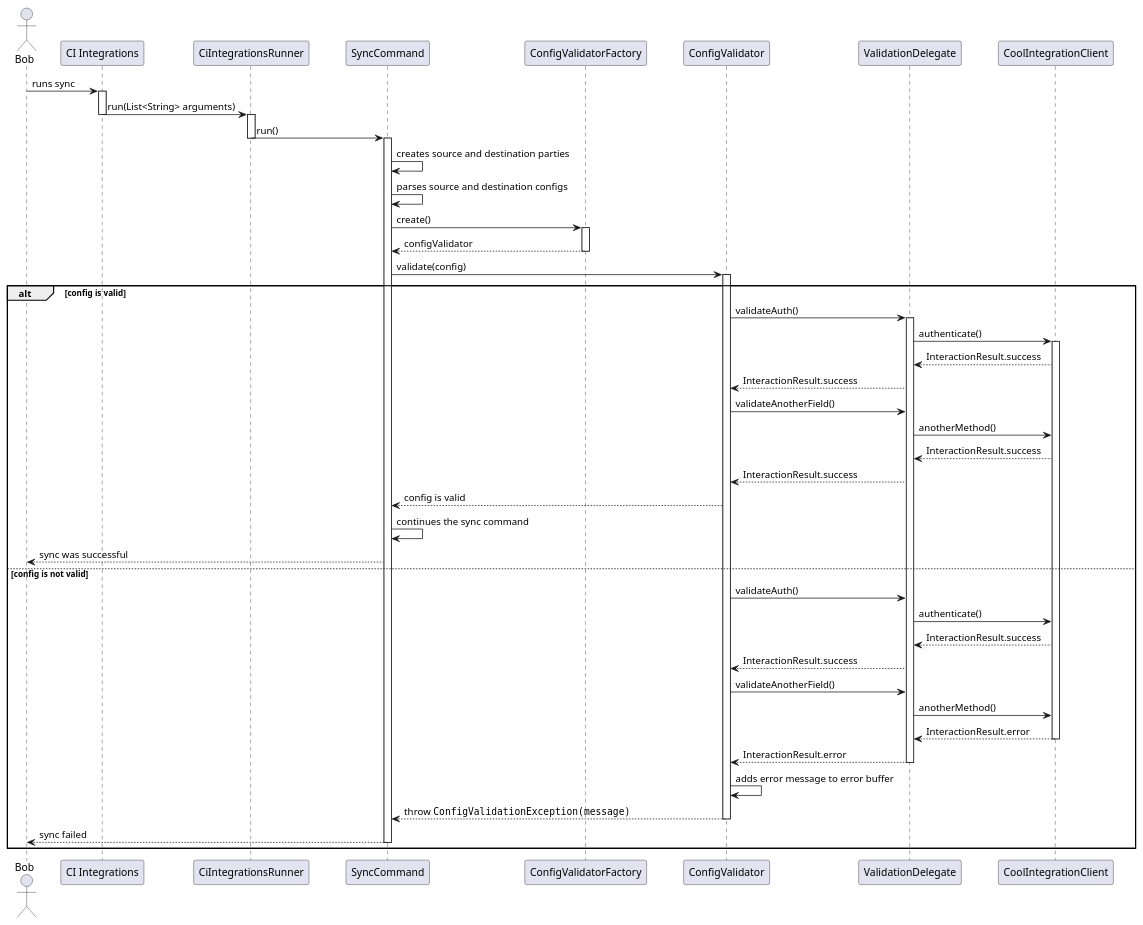
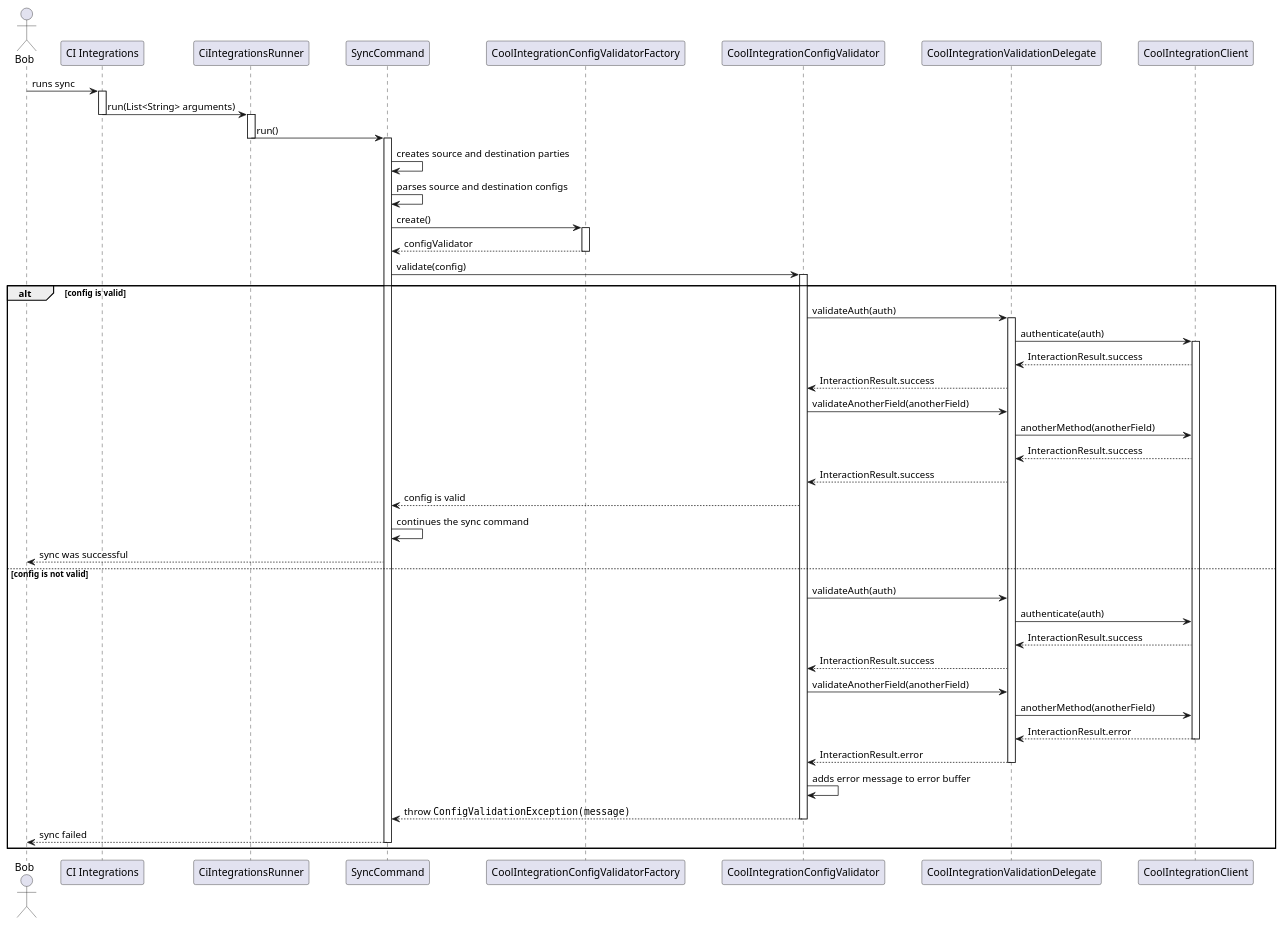
Before and after one commit to Flank/flank-dashboard: the diagram in metrics/ci_integrations/docs/diagrams/ci_integrations_config_validator_sequence_diagram.puml, drawn with PlantUML. The commit also changed 2 other files, not shown here.

Commit message:
Diagrams improvements, documentation fixes

```diff
--- a/metrics/ci_integrations/docs/diagrams/ci_integrations_config_validator_sequence_diagram.puml
+++ b/metrics/ci_integrations/docs/diagrams/ci_integrations_config_validator_sequence_diagram.puml
@@ -1,91 +1,91 @@
 @startuml ci_integrations_config_validator_sequence_diagram
 
 skinparam ParticipantPadding 20
 skinparam BoxPadding 10
 
 actor Bob
 
 participant "CI Integrations"
 participant CiIntegrationsRunner
 participant SyncCommand
-participant ConfigValidatorFactory
-participant ConfigValidator
-participant ValidationDelegate
+participant CoolIntegrationConfigValidatorFactory
+participant CoolIntegrationConfigValidator
+participant CoolIntegrationValidationDelegate
 participant CoolIntegrationClient
 
 Bob -> "CI Integrations" : runs sync
 activate "CI Integrations"
 
 "CI Integrations" -> CiIntegrationsRunner: run(List<String> arguments)
 deactivate "CI Integrations"
 activate CiIntegrationsRunner
 
 CiIntegrationsRunner -> SyncCommand: run()
 deactivate CiIntegrationsRunner
 activate SyncCommand
 
 SyncCommand -> SyncCommand : creates source and destination parties
 SyncCommand -> SyncCommand : parses source and destination configs
 
-SyncCommand -> ConfigValidatorFactory : create()
-activate ConfigValidatorFactory
+SyncCommand -> CoolIntegrationConfigValidatorFactory : create()
+activate CoolIntegrationConfigValidatorFactory
 
-ConfigValidatorFactory --> SyncCommand : configValidator
-deactivate ConfigValidatorFactory
+CoolIntegrationConfigValidatorFactory --> SyncCommand : configValidator
+deactivate CoolIntegrationConfigValidatorFactory
 
-SyncCommand -> ConfigValidator : validate(config)
-activate ConfigValidator
+SyncCommand -> CoolIntegrationConfigValidator : validate(config)
+activate CoolIntegrationConfigValidator
 
 alt config is valid
 
-    ConfigValidator -> ValidationDelegate : validateAuth()
-    activate ValidationDelegate
+    CoolIntegrationConfigValidator -> CoolIntegrationValidationDelegate : validateAuth(auth)
+    activate CoolIntegrationValidationDelegate
 
-    ValidationDelegate -> CoolIntegrationClient : authenticate()
+    CoolIntegrationValidationDelegate -> CoolIntegrationClient : authenticate(auth)
     activate  CoolIntegrationClient
-    CoolIntegrationClient --> ValidationDelegate : InteractionResult.success
-    ValidationDelegate --> ConfigValidator : InteractionResult.success
+    CoolIntegrationClient --> CoolIntegrationValidationDelegate : InteractionResult.success
+    CoolIntegrationValidationDelegate --> CoolIntegrationConfigValidator : InteractionResult.success
 
-    ConfigValidator -> ValidationDelegate : validateAnotherField()
-    ValidationDelegate -> CoolIntegrationClient : anotherMethod()
-    CoolIntegrationClient --> ValidationDelegate : InteractionResult.success
-    ValidationDelegate --> ConfigValidator : InteractionResult.success
+    CoolIntegrationConfigValidator -> CoolIntegrationValidationDelegate : validateAnotherField(anotherField)
+    CoolIntegrationValidationDelegate -> CoolIntegrationClient : anotherMethod(anotherField)
+    CoolIntegrationClient --> CoolIntegrationValidationDelegate : InteractionResult.success
+    CoolIntegrationValidationDelegate --> CoolIntegrationConfigValidator : InteractionResult.success
 
-    ConfigValidator --> SyncCommand : config is valid
+    CoolIntegrationConfigValidator --> SyncCommand : config is valid
     SyncCommand -> SyncCommand : continues the sync command
     SyncCommand --> Bob : sync was successful
 
 else config is not valid
 
-    ConfigValidator -> ValidationDelegate : validateAuth()
+    CoolIntegrationConfigValidator -> CoolIntegrationValidationDelegate : validateAuth(auth)
 
-    ValidationDelegate -> CoolIntegrationClient : authenticate()
-    CoolIntegrationClient --> ValidationDelegate : InteractionResult.success
-    ValidationDelegate --> ConfigValidator : InteractionResult.success
+    CoolIntegrationValidationDelegate -> CoolIntegrationClient : authenticate(auth)
+    CoolIntegrationClient --> CoolIntegrationValidationDelegate : InteractionResult.success
+    CoolIntegrationValidationDelegate --> CoolIntegrationConfigValidator : InteractionResult.success
 
-    ConfigValidator -> ValidationDelegate : validateAnotherField()
-    ValidationDelegate -> CoolIntegrationClient : anotherMethod()
-    CoolIntegrationClient --> ValidationDelegate : InteractionResult.error
+    CoolIntegrationConfigValidator -> CoolIntegrationValidationDelegate : validateAnotherField(anotherField)
+    CoolIntegrationValidationDelegate -> CoolIntegrationClient : anotherMethod(anotherField)
+    CoolIntegrationClient --> CoolIntegrationValidationDelegate : InteractionResult.error
     deactivate CoolIntegrationClient
 
 
-    ValidationDelegate --> ConfigValidator : InteractionResult.error
-    deactivate ValidationDelegate
+    CoolIntegrationValidationDelegate --> CoolIntegrationConfigValidator : InteractionResult.error
+    deactivate CoolIntegrationValidationDelegate
 
-    ConfigValidator -> ConfigValidator : adds error message to error buffer
+    CoolIntegrationConfigValidator -> CoolIntegrationConfigValidator : adds error message to error buffer
 
-    ConfigValidator --> SyncCommand : throw ""ConfigValidationException(message)""
-    deactivate ConfigValidator
+    CoolIntegrationConfigValidator --> SyncCommand : throw ""ConfigValidationException(message)""
+    deactivate CoolIntegrationConfigValidator
 
     SyncCommand --> Bob : sync failed
     deactivate SyncCommand
 
 end
 
-deactivate ValidationDelegate
-deactivate ConfigValidator
+deactivate CoolIntegrationValidationDelegate
+deactivate CoolIntegrationConfigValidator
 
 deactivate "CI Integrations"
 deactivate SyncCommand
 
 @enduml
```
